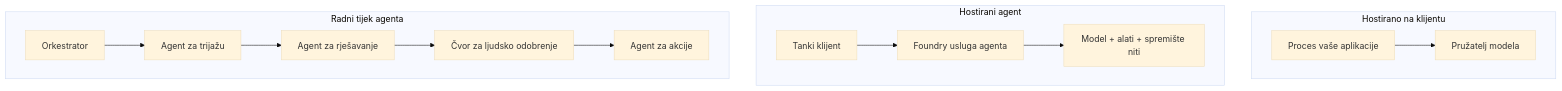
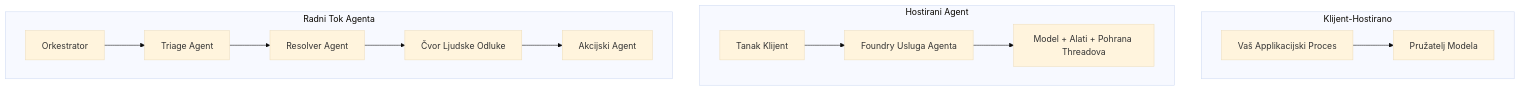
Before and after one commit to gabrielmoreira/agent-skills-mirror: the first of 4 diagrams in mirrors/repos/microsoft@ai-agents-for-beginners/translations/hr/16-deploying-scalable-agents/README.md, drawn with Mermaid (base theme). The commit also changed other lines of this file and 3581 other files, not shown here.

````diff
--- a/mirrors/repos/microsoft@ai-agents-for-beginners/translations/hr/16-deploying-scalable-agents/README.md
+++ b/mirrors/repos/microsoft@ai-agents-for-beginners/translations/hr/16-deploying-scalable-agents/README.md
@@ -87,16 +87,16 @@
 ```mermaid
 flowchart TB
-    subgraph P1[Hostirano na klijentu]
-        A1[Proces vaše aplikacije] --> M1[Pružatelj modela]
+    subgraph P1[Klijent-Hostirano]
+        A1[Vaš Applikacijski Proces] --> M1[Pružatelj Modela]
     end
-    subgraph P2[Hostirani agent]
-        A2[Tanki klijent] --> F2[Foundry usluga agenta]
-        F2 --> M2[Model + alati + spremište niti]
+    subgraph P2[Hostirani Agent]
+        A2[Tanak Klijent] --> F2[Foundry Usluga Agenta]
+        F2 --> M2[Model + Alati + Pohrana Threadova]
     end
-    subgraph P3[Radni tijek agenta]
-        A3[Orkestrator] --> S1[Agent za trijažu]
-        S1 --> S2[Agent za rješavanje]
-        S2 --> H[Čvor za ljudsko odobrenje]
-        H --> S3[Agent za akcije]
+    subgraph P3[Radni Tok Agenta]
+        A3[Orkestrator] --> S1[Triage Agent]
+        S1 --> S2[Resolver Agent]
+        S2 --> H[Čvor Ljudske Odluke]
+        H --> S3[Akcijski Agent]
     end
 ```
````
